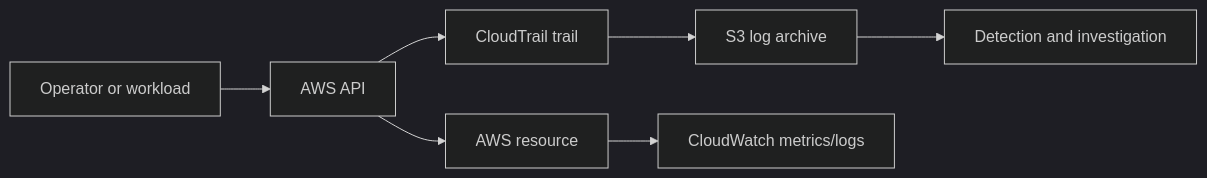
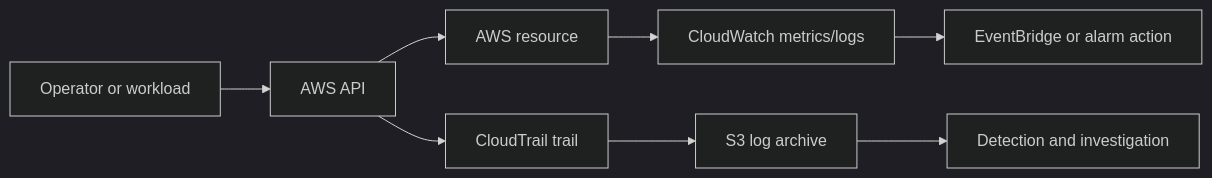
Before and after one commit to prakash16126/AWS-Documentation: diagram 19 of 22 in README.md, drawn with Mermaid (dark theme). The commit also changed other lines of this file, not shown here.

````diff
--- a/README.md
+++ b/README.md
@@ -651,9 +823,10 @@
 ```mermaid
 flowchart LR
     Operator[Operator or workload] --> API[AWS API]
     API --> Resource[AWS resource]
     API --> Trail[CloudTrail trail]
     Trail --> Log[S3 log archive]
     Log --> Alert[Detection and investigation]
     Resource --> CW[CloudWatch metrics/logs]
+    CW --> EB[EventBridge or alarm action]
 ```
````
